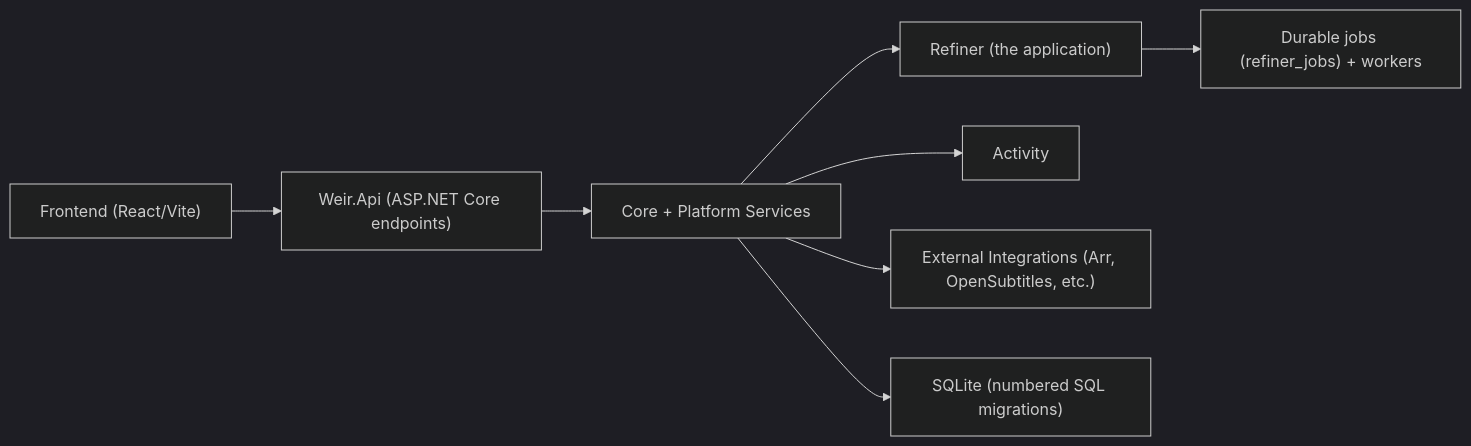
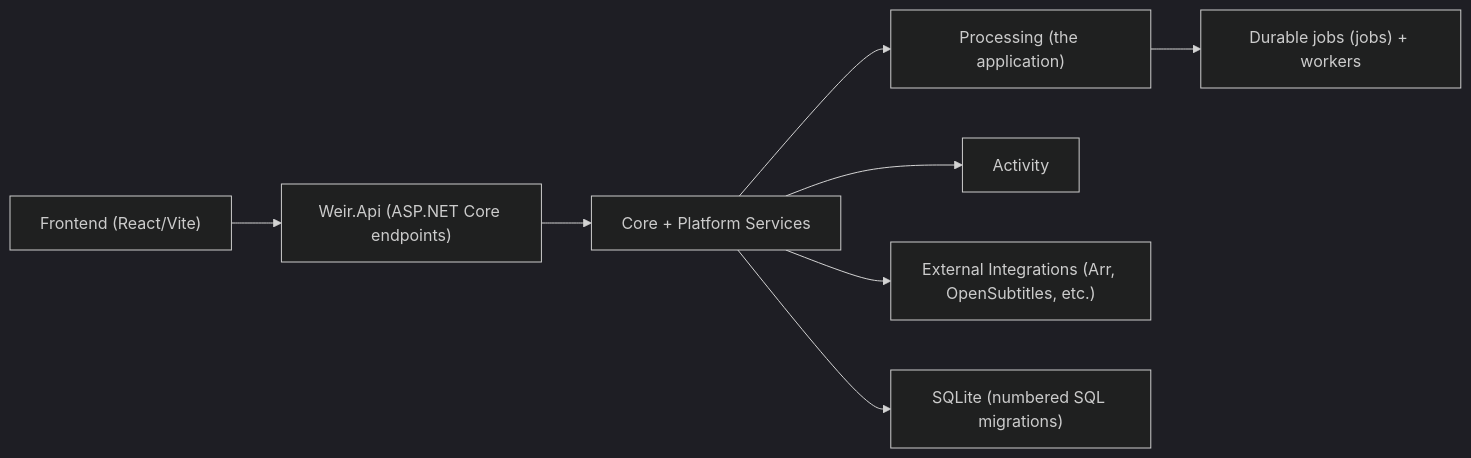
One commit to jampat000/MediaMop changed the first of 2 diagrams in ARCHITECTURE.md. Above: the diagram before and after it, drawn with Mermaid (dark theme). The commit also changed other lines of this file and 706 other files, not shown here.

````diff
--- a/ARCHITECTURE.md
+++ b/ARCHITECTURE.md
@@ -41,10 +41,10 @@
 ```mermaid
 flowchart LR
   UI["Frontend (React/Vite)"] --> API["Weir.Api (ASP.NET Core endpoints)"]
   API --> Core["Core + Platform Services"]
-  Core --> Refiner["Refiner (the application)"]
+  Core --> Processing["Processing (the application)"]
   Core --> Activity["Activity"]
   Core --> Integrations["External Integrations (Arr, OpenSubtitles, etc.)"]
   Core --> DB["SQLite (numbered SQL migrations)"]
-  Refiner --> Jobs["Durable jobs (refiner_jobs) + workers"]
+  Processing --> Jobs["Durable jobs (jobs) + workers"]
 ```
````
